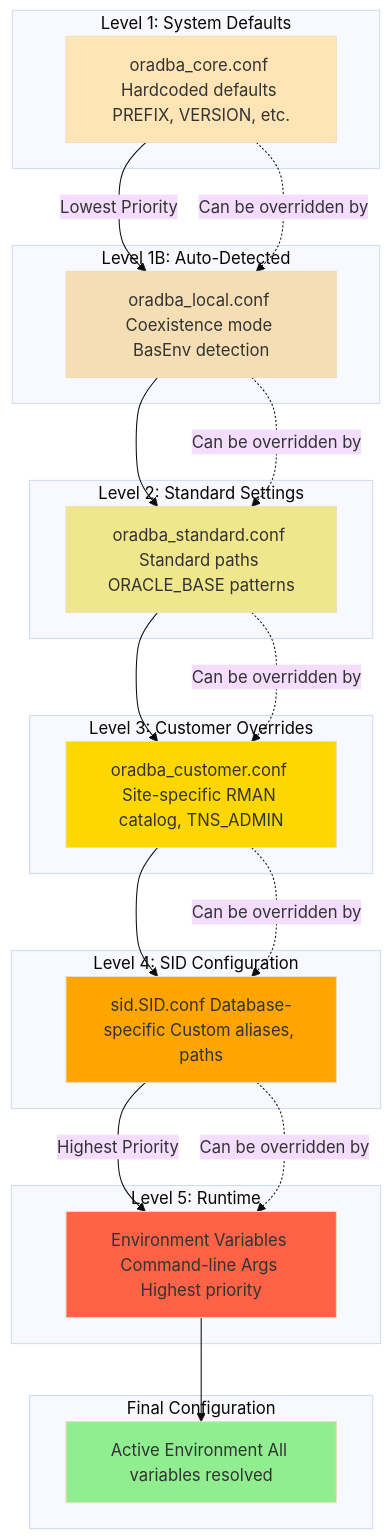
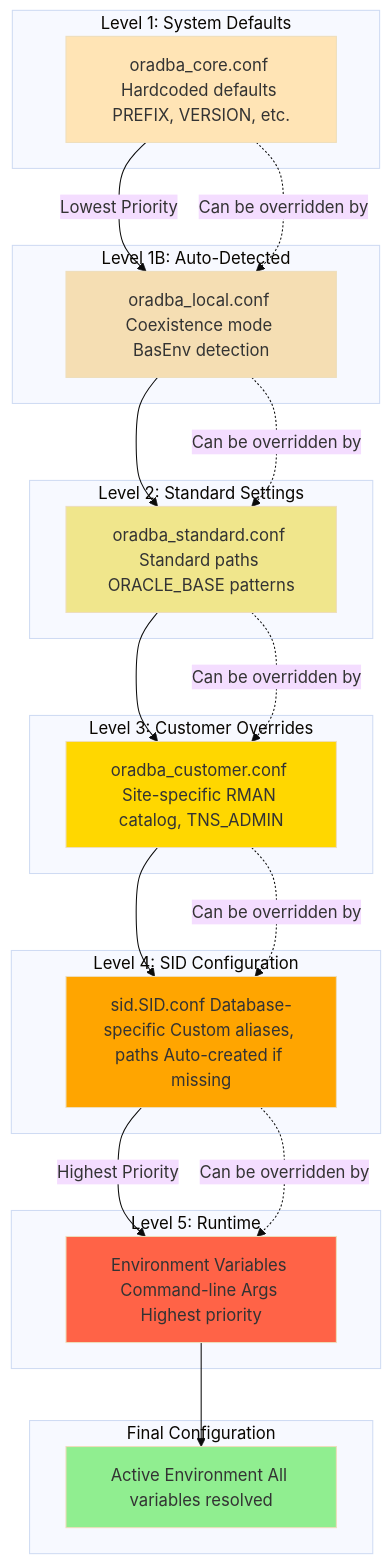
Before and after one commit to oehrlis/oradba: the eighth of 12 diagrams in doc/images/source/diagrams-mermaid.md, drawn with Mermaid (base theme). The commit also changed other lines of this file and 1 other file, not shown here.

First line of the commit message:
docs: Update Mermaid diagrams for v0.14.0 changes

````diff
--- a/doc/images/source/diagrams-mermaid.md
+++ b/doc/images/source/diagrams-mermaid.md
@@ -452,51 +456,51 @@
 ```mermaid
 flowchart TB
     subgraph Level1["Level 1: System Defaults"]
         L1[oradba_core.conf Hardcoded defaults PREFIX, VERSION, etc.]
     end
     
     subgraph Level1B["Level 1B: Auto-Detected"]
         L1B[oradba_local.conf Coexistence mode BasEnv detection]
     end
     
     subgraph Level2["Level 2: Standard Settings"]
         L2[oradba_standard.conf Standard paths ORACLE_BASE patterns]
     end
     
     subgraph Level3["Level 3: Customer Overrides"]
         L3[oradba_customer.conf Site-specific RMAN catalog, TNS_ADMIN]
     end
     
     subgraph Level4["Level 4: SID Configuration"]
-        L4[sid.SID.conf Database-specific Custom aliases, paths]
+        L4[sid.SID.conf Database-specific Custom aliases, paths Auto-created if missing]
     end
     
     subgraph Level5["Level 5: Runtime"]
         L5[Environment Variables Command-line Args Highest priority]
     end
     
     subgraph Result["Final Configuration"]
         R[Active Environment All variables resolved]
     end
     
     L1 -->|Lowest Priority| L1B
     L1B --> L2
     L2 --> L3
     L3 --> L4
     L4 -->|Highest Priority| L5
     L5 --> R
     
     L1 -.->|Can be overridden by| L1B
     L1B -.->|Can be overridden by| L2
     L2 -.->|Can be overridden by| L3
     L3 -.->|Can be overridden by| L4
     L4 -.->|Can be overridden by| L5
     
     style L1 fill:#FFE4B5
     style L1B fill:#F5DEB3
     style L2 fill:#F0E68C
     style L3 fill:#FFD700
     style L4 fill:#FFA500
     style L5 fill:#FF6347
     style R fill:#90EE90
 ```
````
